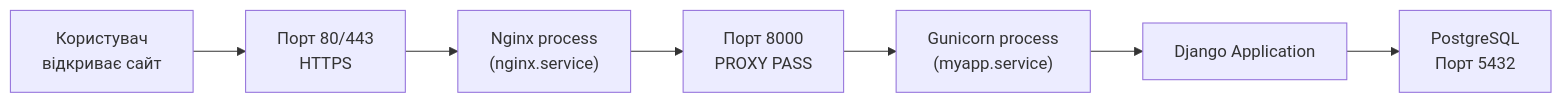
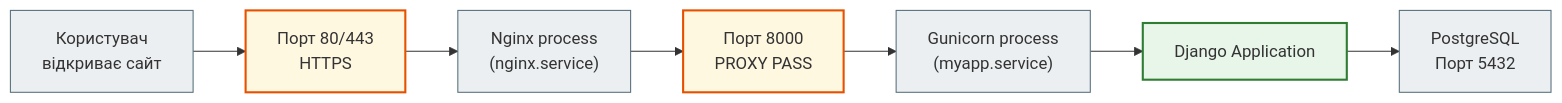
One commit to NikoriakViktot/notes_chat_app changed the second of 2 diagrams in docs/10_linux_and_devops/linux_05_processes_ports_services_full.md. Above: the diagram before and after it, drawn with Mermaid. The commit also changed other lines of this file and 441 other files, not shown here.

First line of the commit message:
Add English version of the book, Mermaid standard, docs fixes

````diff
--- a/docs/10_linux_and_devops/linux_05_processes_ports_services_full.md
+++ b/docs/10_linux_and_devops/linux_05_processes_ports_services_full.md
@@ -168,9 +175,16 @@
 ```mermaid
 flowchart LR
-    User["Користувач\nвідкриває сайт"] --> Port80["Порт 80/443\nHTTPS"]
-    Port80 --> Nginx["Nginx process\n(nginx.service)"]
-    Nginx --> Port8000["Порт 8000\nPROXY PASS"]
-    Port8000 --> Gunicorn["Gunicorn process\n(myapp.service)"]
+    User["Користувач<br>відкриває сайт"] --> Port80["Порт 80/443<br>HTTPS"]
+    Port80 --> Nginx["Nginx process<br>(nginx.service)"]
+    Nginx --> Port8000["Порт 8000<br>PROXY PASS"]
+    Port8000 --> Gunicorn["Gunicorn process<br>(myapp.service)"]
     Gunicorn --> Django["Django Application"]
-    Django --> DB["PostgreSQL\nПорт 5432"]
+    Django --> DB["PostgreSQL<br>Порт 5432"]
+
+    classDef step     fill:#eceff1,stroke:#546e7a,stroke-width:1px;
+    classDef success  fill:#e8f5e9,stroke:#2e7d32,stroke-width:2px;
+    classDef warning  fill:#fff8e1,stroke:#e65100,stroke-width:2px;
+    class User,Nginx,Gunicorn,DB step;
+    class Django success;
+    class Port80,Port8000 warning;
 ```
````
